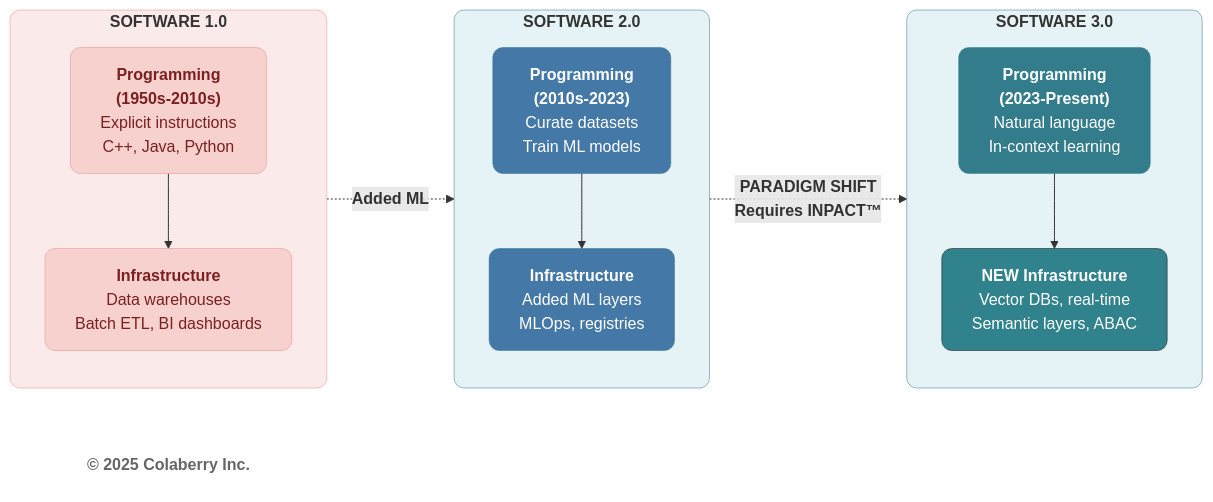
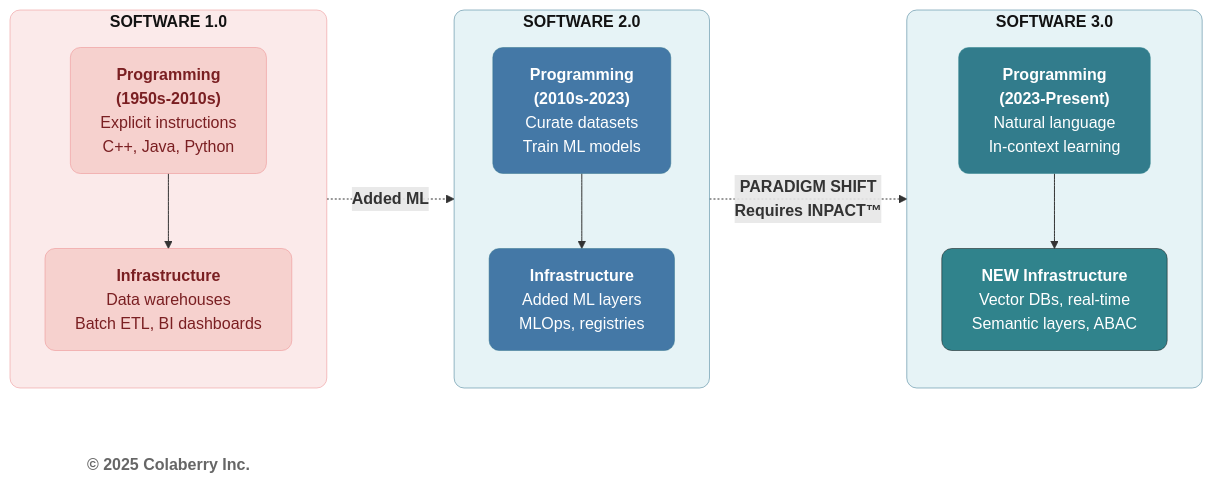
One commit to saitejesh-cyber/trust-before-intelligence-book changed the second of 4 diagrams in manuscript/04_chapter_3_from_bi_to_agent.md. Above: the diagram before and after it, drawn with Mermaid. The commit also changed other lines of this file and 12 other files, not shown here.

````diff
--- a/manuscript/04_chapter_3_from_bi_to_agent.md
+++ b/manuscript/04_chapter_3_from_bi_to_agent.md
@@ -125,46 +125,46 @@
 ```mermaid
 graph LR
     subgraph era1["<b>SOFTWARE 1.0</b>"]
         direction TB
         P1["<b>Programming</b><br/><b>(1950s-2010s)</b><br/>Explicit instructions<br/>C++, Java, Python"]
         I1["<b>Infrastructure</b><br/>Data warehouses<br/>Batch ETL, BI dashboards"]
         P1 --> I1
     end
     
     subgraph era2["<b>SOFTWARE 2.0</b>"]
         direction TB
         P2["<b>Programming</b><br/><b>(2010s-2023)</b><br/>Curate datasets<br/>Train ML models"]
         I2["<b>Infrastructure</b><br/>Added ML layers<br/>MLOps, registries"]
         P2 --> I2
     end
     
     subgraph era3["<b>SOFTWARE 3.0</b>"]
         direction TB
         P3["<b>Programming</b><br/><b>(2023-Present)</b><br/>Natural language<br/>In-context learning"]
         I3["<b>NEW Infrastructure</b><br/>Vector DBs, real-time<br/>Semantic layers, ABAC"]
         P3 --> I3
     end
 
     era1 -.->|<b>Added ML</b>| era2
     era2 -.->|<b>PARADIGM SHIFT<br/>Requires INPACT™</b>| era3
 
 
     %% SOFTWARE 1.0 — Problems / Old Approach (CORAL)
-    style era1 fill:#FBEAEA,stroke:#EB898B,stroke-width:0.5px,rx:10,ry:10,rx:10,ry:10
+    style era1 fill:#FBEAEA,stroke:#EB898B,stroke-width:0.5px,color:#121212,rx:10,ry:10
     style P1 fill:#F6D1CE,stroke:#EB898B,stroke-width:0.5px,color:#7A1F22,rx:10,ry:10
     style I1 fill:#F6D1CE,stroke:#EB898B,stroke-width:0.5px,color:#7A1F22,rx:10,ry:10
 
     %% SOFTWARE 2.0 — Intermediate / Transition (MUTED BLUE)
-    style era2 fill:#E6F3F6,stroke:#32738C,stroke-width:0.5px,rx:10,ry:10
+    style era2 fill:#E6F3F6,stroke:#32738C,stroke-width:0.5px,color:#121212,rx:10,ry:10
     style P2 fill:#4478A6,stroke:#32738C,stroke-width:0.5px,color:#ffffff,rx:10,ry:10
     style I2 fill:#4478A6,stroke:#32738C,stroke-width:0.5px,color:#ffffff,rx:10,ry:10
 
     %% SOFTWARE 3.0 — Solution / Modern (TEAL)
-    style era3 fill:#E6F3F6,stroke:#32738C,stroke-width:0.5px,rx:10,ry:10
+    style era3 fill:#E6F3F6,stroke:#32738C,stroke-width:0.5px,color:#121212,rx:10,ry:10
     style P3 fill:#327C8C,stroke:#30838C,stroke-width:0.5px,color:#ffffff,rx:10,ry:10
     style I3 fill:#30838C,stroke:#0D0D0D,stroke-width:0.5px,color:#ffffff,rx:10,ry:10
 
     %% COPYRIGHT — Neutral
     Copyright["<b>© 2025 Colaberry Inc.</b>"]
     style Copyright fill:none,stroke:none,color:#666666
 ```
````
